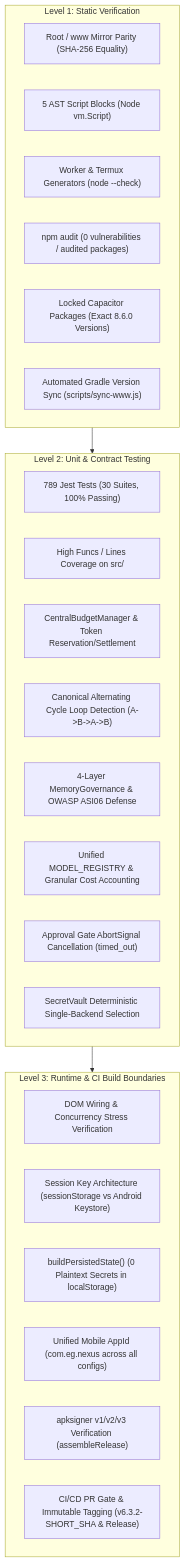
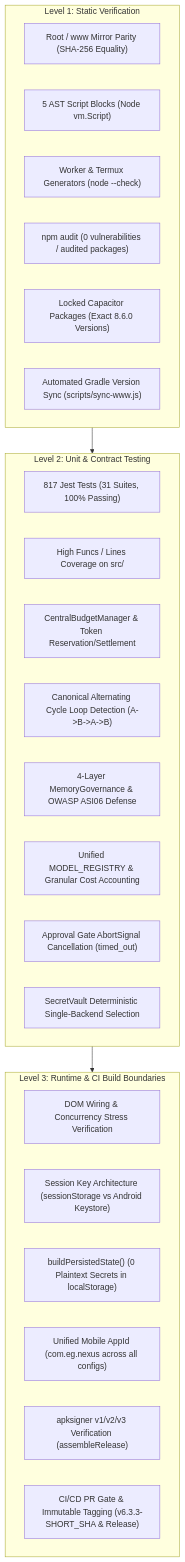
The first of 2 diagrams in AUDIT_REPORT.md (dicardotr46-max/EG-Nexus-OS), drawn with Mermaid before and after one commit. The commit also changed other lines of this file and 31 other files, not shown here.

````diff
--- a/AUDIT_REPORT.md
+++ b/AUDIT_REPORT.md
@@ -21,34 +21,34 @@
 ```mermaid
 flowchart TD
     subgraph LEVEL_1["Level 1: Static Verification"]
         PARITY["Root / www Mirror Parity (SHA-256 Equality)"]
         AST["5 AST Script Blocks (Node vm.Script)"]
         TMPL["Worker & Termux Generators (node --check)"]
         NPM["npm audit (0 vulnerabilities / audited packages)"]
         PINS["Locked Capacitor Packages (Exact 8.6.0 Versions)"]
         GRADLE_SYNC["Automated Gradle Version Sync (scripts/sync-www.js)"]
     end
 
     subgraph LEVEL_2["Level 2: Unit & Contract Testing"]
-        JEST["789 Jest Tests (30 Suites, 100% Passing)"]
+        JEST["817 Jest Tests (31 Suites, 100% Passing)"]
         COV["High Funcs / Lines Coverage on src/"]
         TOKEN_BUDGET["CentralBudgetManager & Token Reservation/Settlement"]
         LOOP_DET["Canonical Alternating Cycle Loop Detection (A->B->A->B)"]
         MEM_GOV["4-Layer MemoryGovernance & OWASP ASI06 Defense"]
         MODEL_REG["Unified MODEL_REGISTRY & Granular Cost Accounting"]
         TIMEOUT_ABORT["Approval Gate AbortSignal Cancellation (timed_out)"]
         VAULT_UNIF["SecretVault Deterministic Single-Backend Selection"]
     end
 
     subgraph LEVEL_3["Level 3: Runtime & CI Build Boundaries"]
         DOM_WIRING["DOM Wiring & Concurrency Stress Verification"]
         SESSION["Session Key Architecture (sessionStorage vs Android Keystore)"]
         STRIP["buildPersistedState() (0 Plaintext Secrets in localStorage)"]
         APPID_PARITY["Unified Mobile AppId (com.eg.nexus across all configs)"]
         SIGN["apksigner v1/v2/v3 Verification (assembleRelease)"]
-        GATE["CI/CD PR Gate & Immutable Tagging (v6.3.2-SHORT_SHA & Release)"]
+        GATE["CI/CD PR Gate & Immutable Tagging (v6.3.3-SHORT_SHA & Release)"]
     end
 
     LEVEL_1 --> LEVEL_2
     LEVEL_2 --> LEVEL_3
 ```
````
